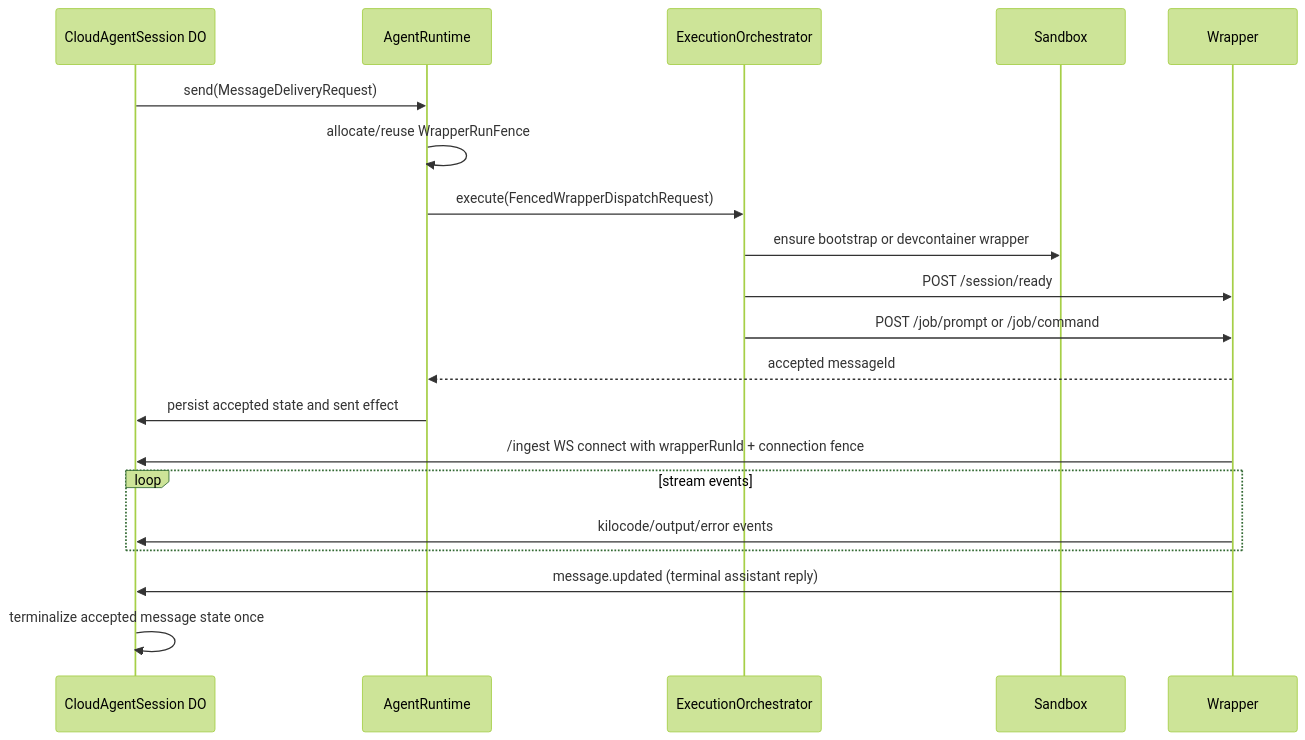
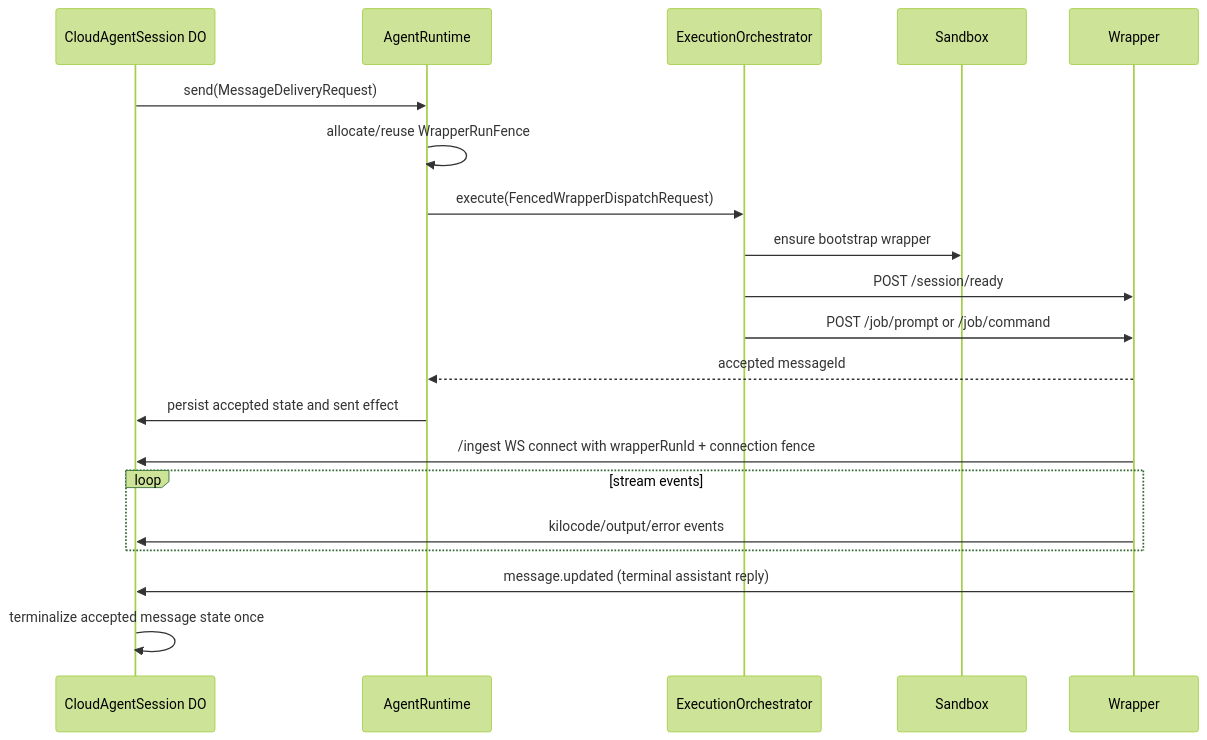
Before and after one commit to Kilo-Org/cloud: the third of 9 diagrams in services/cloud-agent-next/docs/diagrams.md, drawn with Mermaid (forest theme). The commit also changed 64 other files, not shown here.

````diff
--- a/services/cloud-agent-next/docs/diagrams.md
+++ b/services/cloud-agent-next/docs/diagrams.md
@@ -81,24 +81,24 @@
 ```mermaid
 sequenceDiagram
   participant DO as CloudAgentSession DO
   participant Runtime as AgentRuntime
   participant Orch as ExecutionOrchestrator
   participant SB as Sandbox
   participant Wrap as Wrapper
 
   DO->>Runtime: send(MessageDeliveryRequest)
   Runtime->>Runtime: allocate/reuse WrapperRunFence
   Runtime->>Orch: execute(FencedWrapperDispatchRequest)
-  Orch->>SB: ensure bootstrap or devcontainer wrapper
+  Orch->>SB: ensure bootstrap wrapper
   Orch->>Wrap: POST /session/ready
   Orch->>Wrap: POST /job/prompt or /job/command
   Wrap-->>Runtime: accepted messageId
   Runtime->>DO: persist accepted state and sent effect
 
   Wrap->>DO: /ingest WS connect with wrapperRunId + connection fence
   loop stream events
     Wrap->>DO: kilocode/output/error events
   end
   Wrap->>DO: message.updated (terminal assistant reply)
   DO->>DO: terminalize accepted message state once
 ```
````
